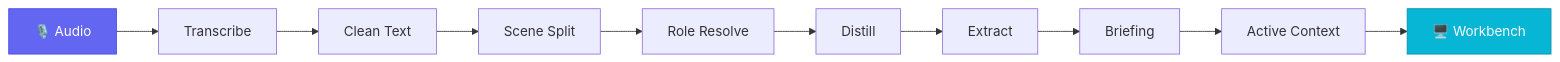
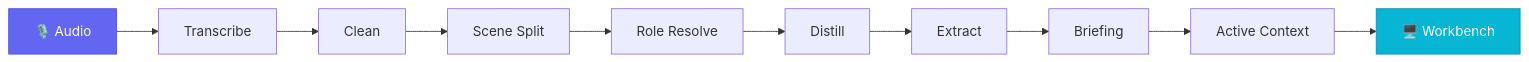
The diagram in README.en.md (openmy-ai/openmy), drawn with Mermaid before and after one commit. The commit also changed other lines of this file and 1 other file, not shown here.

````diff
--- a/README.en.md
+++ b/README.en.md
@@ -139,15 +51,15 @@
 ```mermaid
 graph LR
     A[🎙️ Audio] --> B[Transcribe]
-    B --> C[Clean Text]
+    B --> C[Clean]
     C --> D[Scene Split]
     D --> E[Role Resolve]
     E --> F[Distill]
     F --> G[Extract]
     G --> H[Briefing]
     H --> I[Active Context]
     I --> J[🖥️ Workbench]
 
     style A fill:#6366f1,stroke:#4f46e5,color:#fff
     style J fill:#06b6d4,stroke:#0891b2,color:#fff
 ```
````
